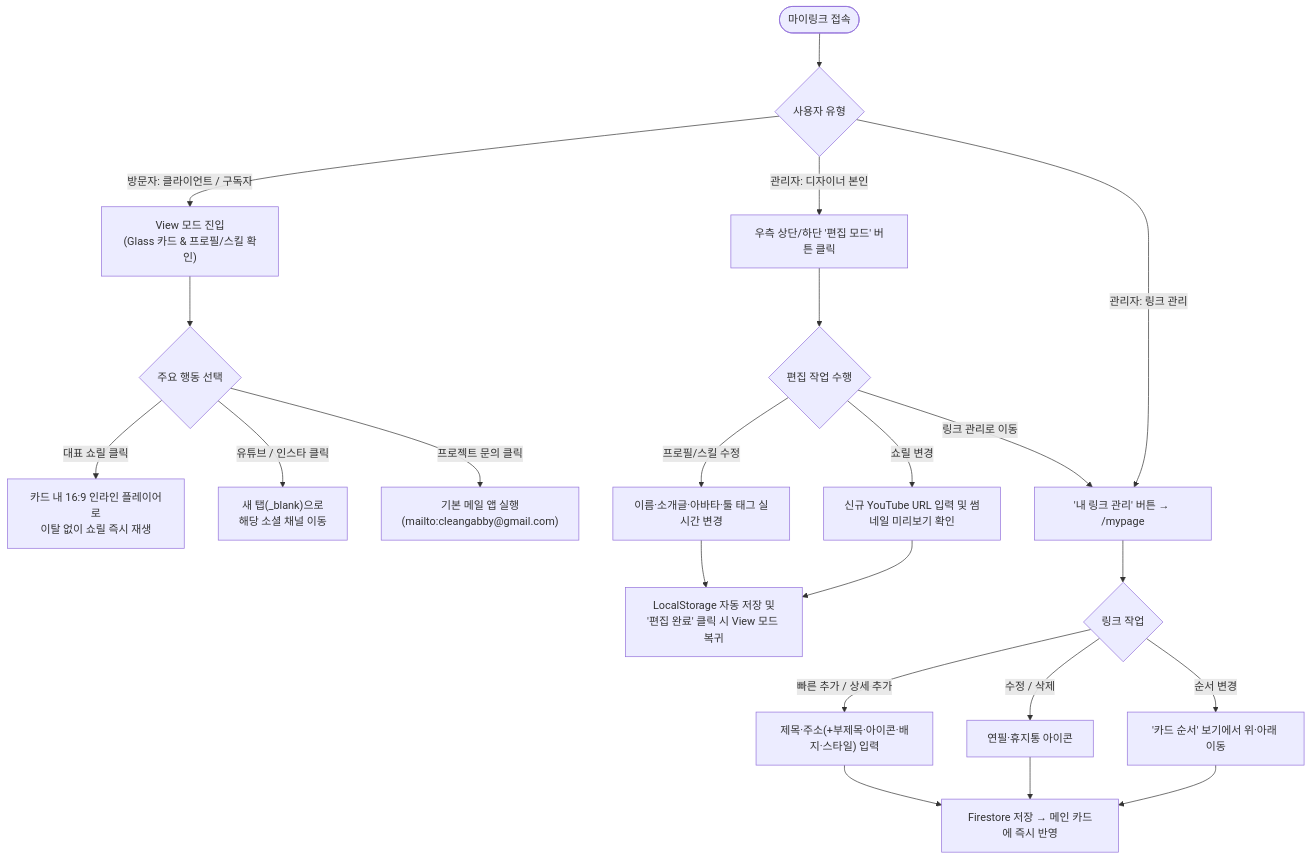
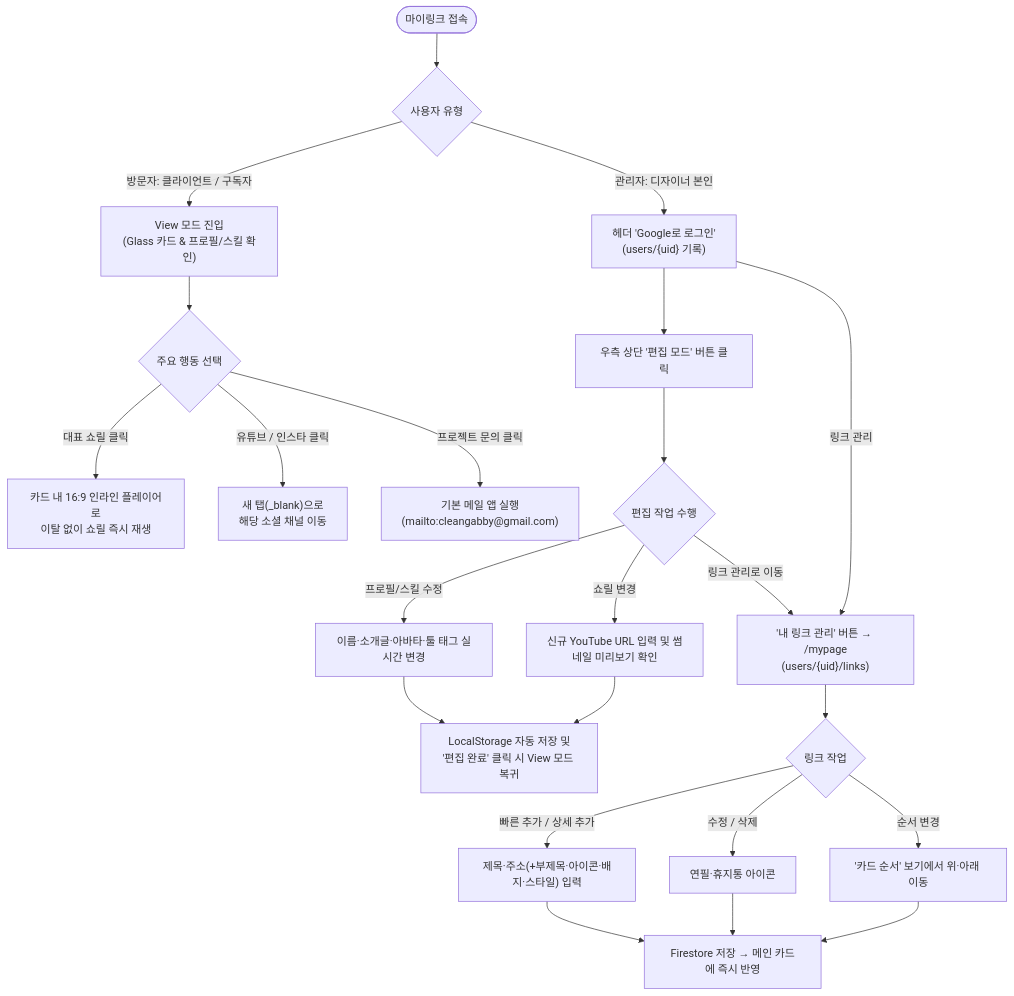
One commit to SuperSlowStarter/my-link changed the second of 2 diagrams in PRD.md. Above: the diagram before and after it, drawn with Mermaid. The commit also changed other lines of this file and 25 other files, not shown here.

````diff
--- a/PRD.md
+++ b/PRD.md
@@ -343,25 +417,26 @@
 ```mermaid
 flowchart TD
   Start(["마이링크 접속"]) --> Role{"사용자 유형"}
 
   %% 방문자 흐름
   Role -->|방문자: 클라이언트 / 구독자| View["View 모드 진입<br/>(Glass 카드 & 프로필/스킬 확인)"]
   View --> Action{"주요 행동 선택"}
   Action -->|대표 쇼릴 클릭| Play["카드 내 16:9 인라인 플레이어로<br/>이탈 없이 쇼릴 즉시 재생"]
   Action -->|유튜브 / 인스타 클릭| External["새 탭(_blank)으로<br/>해당 소셜 채널 이동"]
   Action -->|프로젝트 문의 클릭| Mail["기본 메일 앱 실행<br/>(mailto:cleangabby@gmail.com)"]
 
   %% 관리자 흐름
-  Role -->|관리자: 디자이너 본인| ToggleEdit["우측 상단/하단 '편집 모드' 버튼 클릭"]
+  Role -->|관리자: 디자이너 본인| SignIn["헤더 'Google로 로그인'<br/>(users/{uid} 기록)"]
+  SignIn --> ToggleEdit["우측 상단 '편집 모드' 버튼 클릭"]
   ToggleEdit --> EditAction{"편집 작업 수행"}
   EditAction -->|프로필/스킬 수정| UpdateProfile["이름·소개글·아바타·툴 태그 실시간 변경"]
   EditAction -->|쇼릴 변경| UpdateShowreel["신규 YouTube URL 입력 및 썸네일 미리보기 확인"]
   UpdateProfile & UpdateShowreel --> Save["LocalStorage 자동 저장 및<br/>'편집 완료' 클릭 시 View 모드 복귀"]
-  Role -->|관리자: 링크 관리| MyPage["'내 링크 관리' 버튼 → /mypage"]
+  SignIn -->|링크 관리| MyPage["'내 링크 관리' 버튼 → /mypage<br/>(users/{uid}/links)"]
   EditAction -->|링크 관리로 이동| MyPage
   MyPage --> LinkAction{"링크 작업"}
   LinkAction -->|빠른 추가 / 상세 추가| AddLink["제목·주소(+부제목·아이콘·배지·스타일) 입력"]
   LinkAction -->|수정 / 삭제| EditLink["연필·휴지통 아이콘"]
   LinkAction -->|순서 변경| Reorder["'카드 순서' 보기에서 위·아래 이동"]
   AddLink & EditLink & Reorder --> Firestore["Firestore 저장 → 메인 카드에 즉시 반영"]
 ```
````
